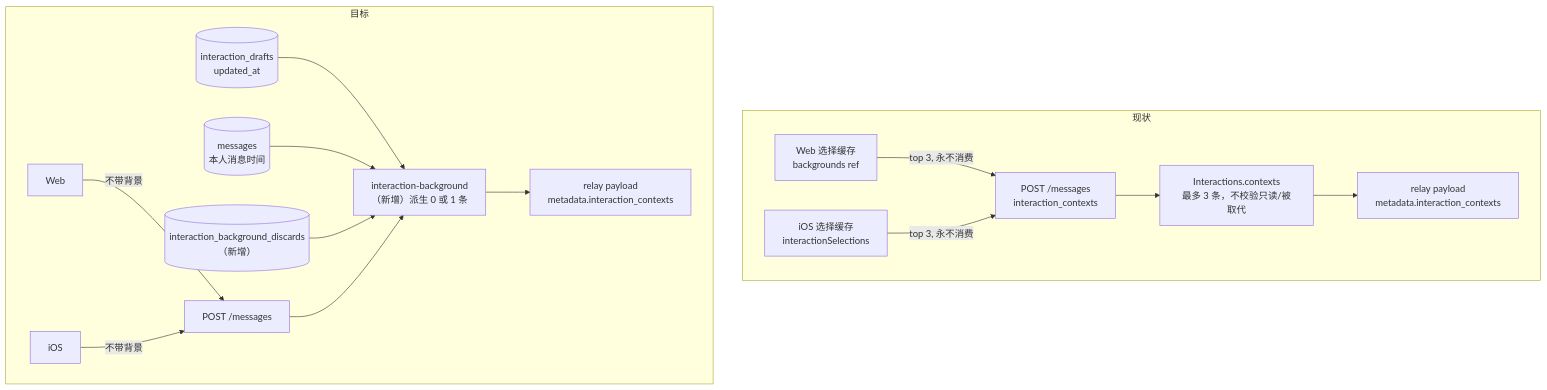
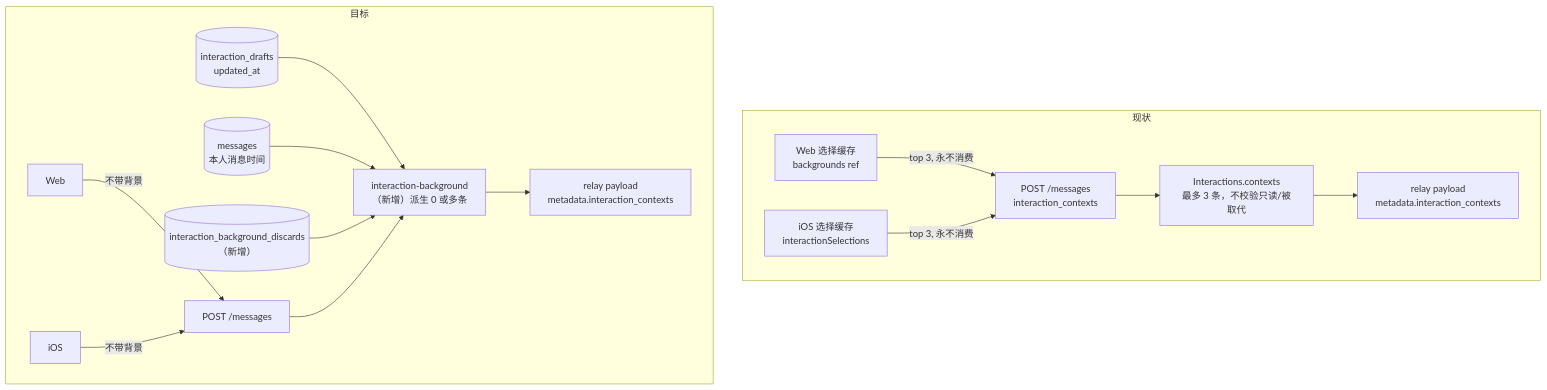
One commit to Mrchen116/nano-multiagent changed the first of 4 diagrams in docs/changes/feat-716-interactive-background-one-shot/design.md. Above: the diagram before and after it, drawn with Mermaid. The commit also changed other lines of this file and 5 other files, not shown here.

````diff
--- a/docs/changes/feat-716-interactive-background-one-shot/design.md
+++ b/docs/changes/feat-716-interactive-background-one-shot/design.md
@@ -82,18 +98,18 @@
 ```mermaid
 graph TD
   subgraph 现状
     W1[Web 选择缓存<br/>backgrounds ref] -->|top 3, 永不消费| M1[POST /messages<br/>interaction_contexts]
     I1[iOS 选择缓存<br/>interactionSelections] -->|top 3, 永不消费| M1
     M1 --> V1[Interactions.contexts<br/>最多 3 条，不校验只读/被取代]
     V1 --> R1[relay payload<br/>metadata.interaction_contexts]
   end
   subgraph 目标
     W2[Web] -->|不带背景| M2[POST /messages]
     I2[iOS] -->|不带背景| M2
-    DR[(interaction_drafts<br/>updated_at)] --> B[interaction-background<br/>（新增）派生 0 或 1 条]
+    DR[(interaction_drafts<br/>updated_at)] --> B[interaction-background<br/>（新增）派生 0 或多条]
     MSG[(messages<br/>本人消息时间)] --> B
     DSC[(interaction_background_discards<br/>（新增）)] --> B
     M2 --> B
     B --> R2[relay payload<br/>metadata.interaction_contexts]
   end
 ```
````
